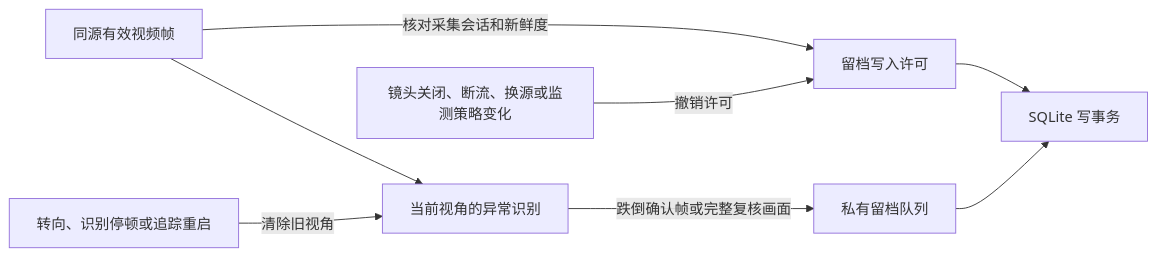
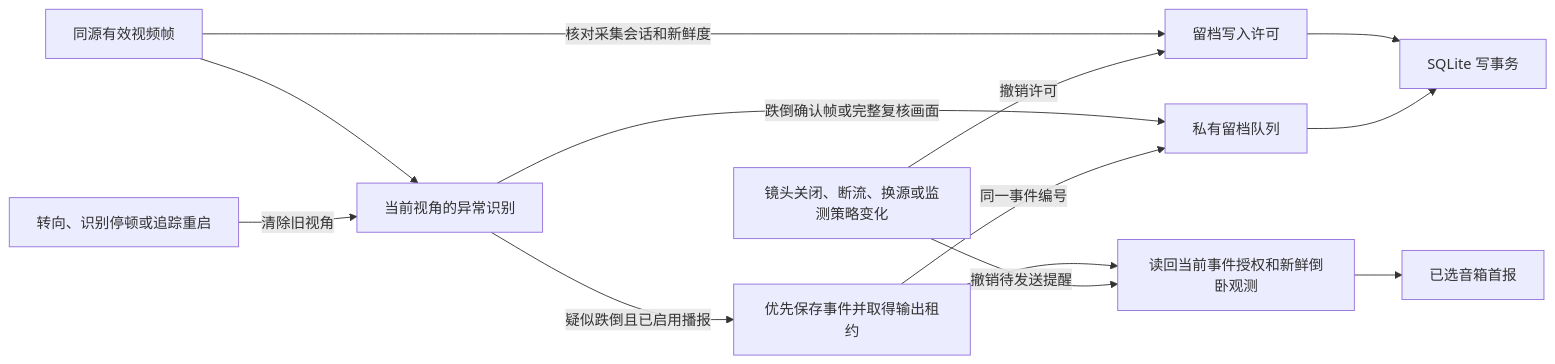
One commit to Geeprox/Friday changed diagram 11 of 35 in docs/architecture.md. Above: the diagram before and after it, drawn with Mermaid. The commit also changed other lines of this file and 6 other files, not shown here.

````diff
--- a/docs/architecture.md
+++ b/docs/architecture.md
@@ -293,10 +298,15 @@
 ```mermaid
 flowchart LR
   A[同源有效视频帧] --> B[当前视角的异常识别]
   A -->|核对采集会话和新鲜度| C[留档写入许可]
   B -->|跌倒确认帧或完整复核画面| D[私有留档队列]
   E[转向、识别停顿或追踪重启] -->|清除旧视角| B
   C --> F[SQLite 写事务]
   D --> F
+  B -->|疑似跌倒且已启用播报| H[优先保存事件并取得输出租约]
+  H -->|同一事件编号| D
+  H --> I[读回当前事件授权和新鲜倒卧观测]
+  I --> J[已选音箱首报]
   G[镜头关闭、断流、换源或监测策略变化] -->|撤销许可| C
+  G -->|撤销待发送提醒| I
 ```
````
